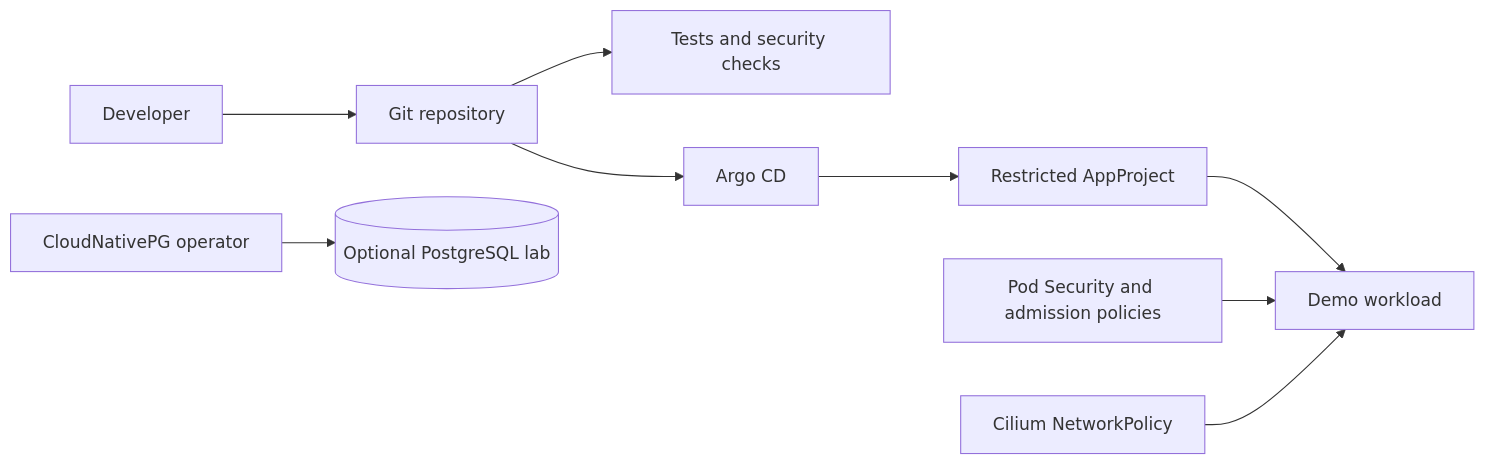
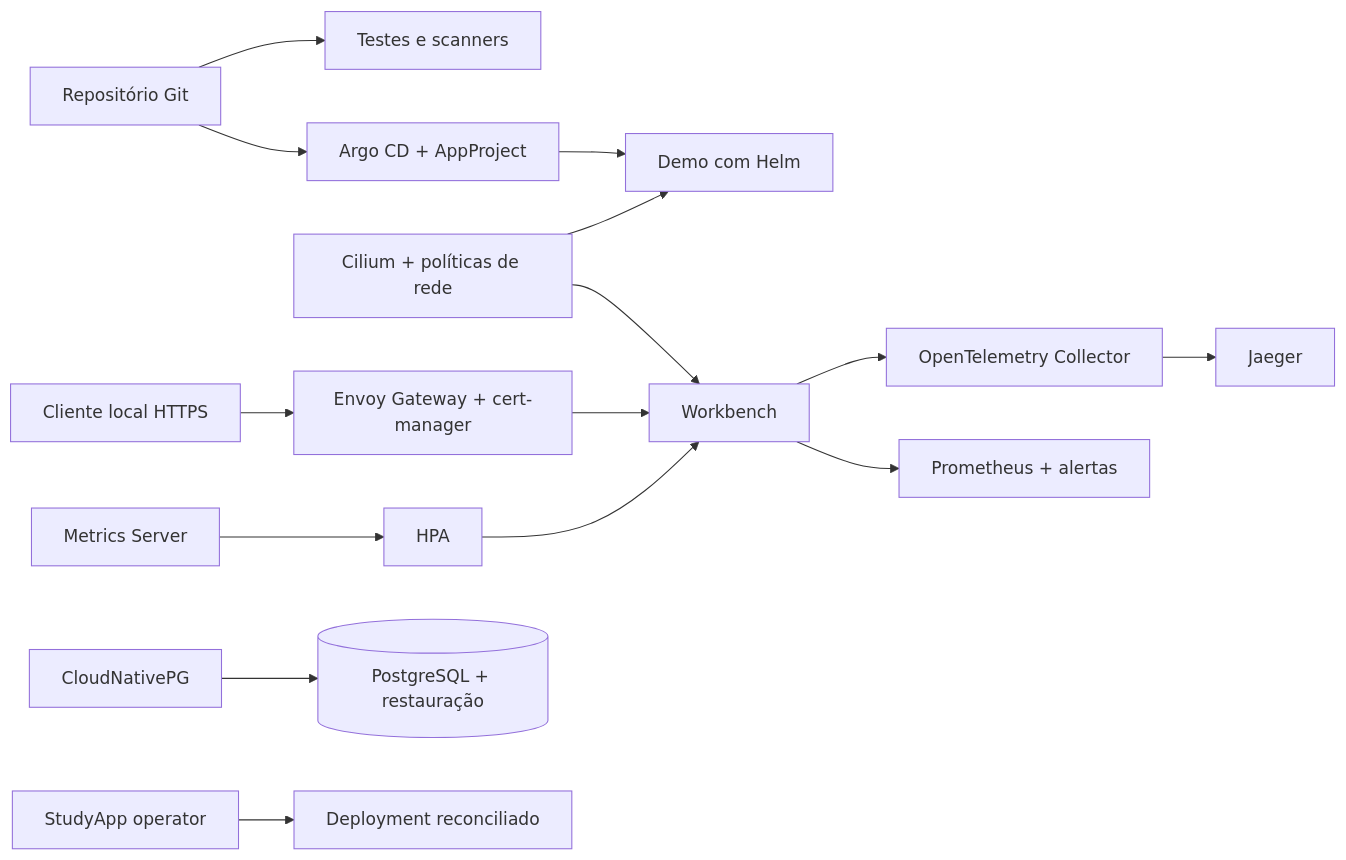
One commit to vynazevedo/kubefoundry changed the diagram in README.md. Above: the diagram before and after it, drawn with Mermaid. The commit also changed other lines of this file and 57 other files, not shown here.

````diff
--- a/README.md
+++ b/README.md
@@ -36,11 +49,17 @@
 ```mermaid
 flowchart LR
-    Dev[Developer] --> Git[Git repository]
-    Git --> CI[Tests and security checks]
-    Git --> Argo[Argo CD]
-    Argo --> Project[Restricted AppProject]
-    Project --> Demo[Demo workload]
-    Policy[Pod Security and admission policies] --> Demo
-    Cilium[Cilium NetworkPolicy] --> Demo
-    Operator[CloudNativePG operator] --> DB[(Optional PostgreSQL lab)]
+    Git[Repositório Git] --> CI[Testes e scanners]
+    Git --> Argo[Argo CD + AppProject]
+    Argo --> Demo[Demo com Helm]
+    Cilium[Cilium + políticas de rede] --> Demo
+    Cilium --> App[Workbench]
+    Client[Cliente local HTTPS] --> Gateway[Envoy Gateway + cert-manager]
+    Gateway --> App
+    App --> Collector[OpenTelemetry Collector]
+    Collector --> Jaeger[Jaeger]
+    App --> Prom[Prometheus + alertas]
+    Metrics[Metrics Server] --> HPA[HPA]
+    HPA --> App
+    CNPG[CloudNativePG] --> DB[(PostgreSQL + restauração)]
+    Controller[StudyApp operator] --> Managed[Deployment reconciliado]
 ```
````
